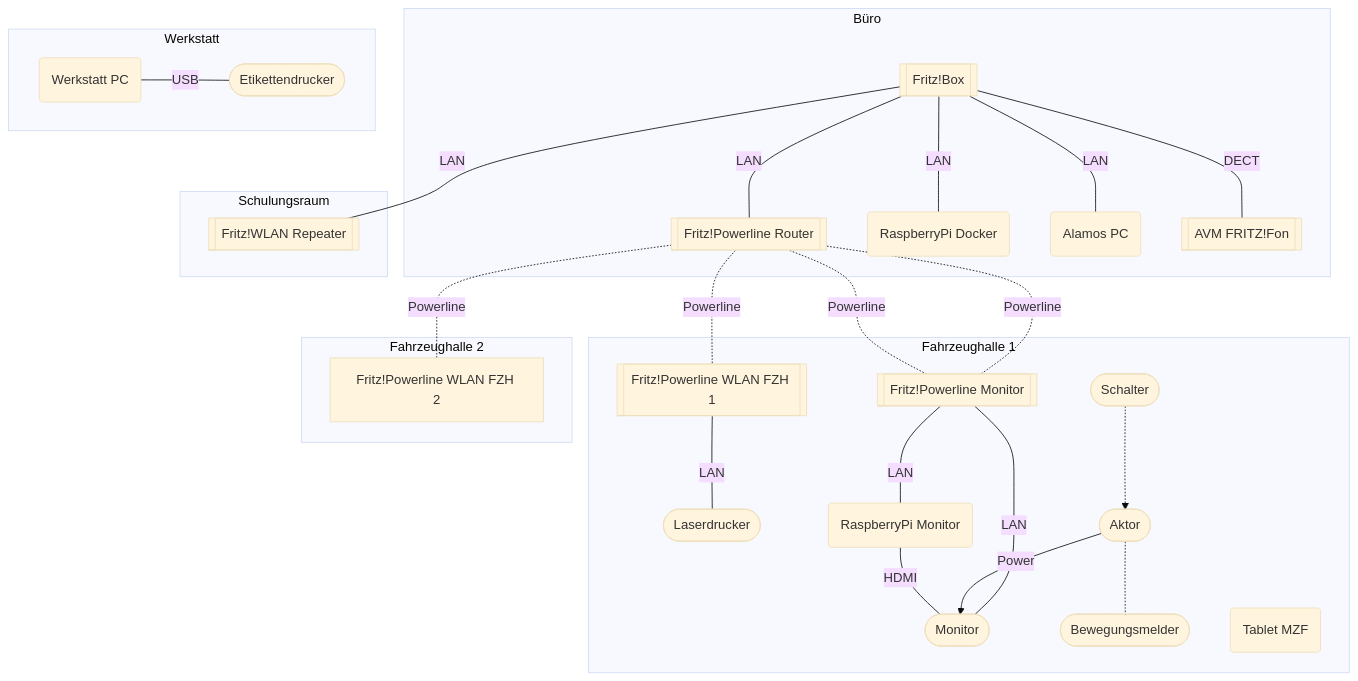
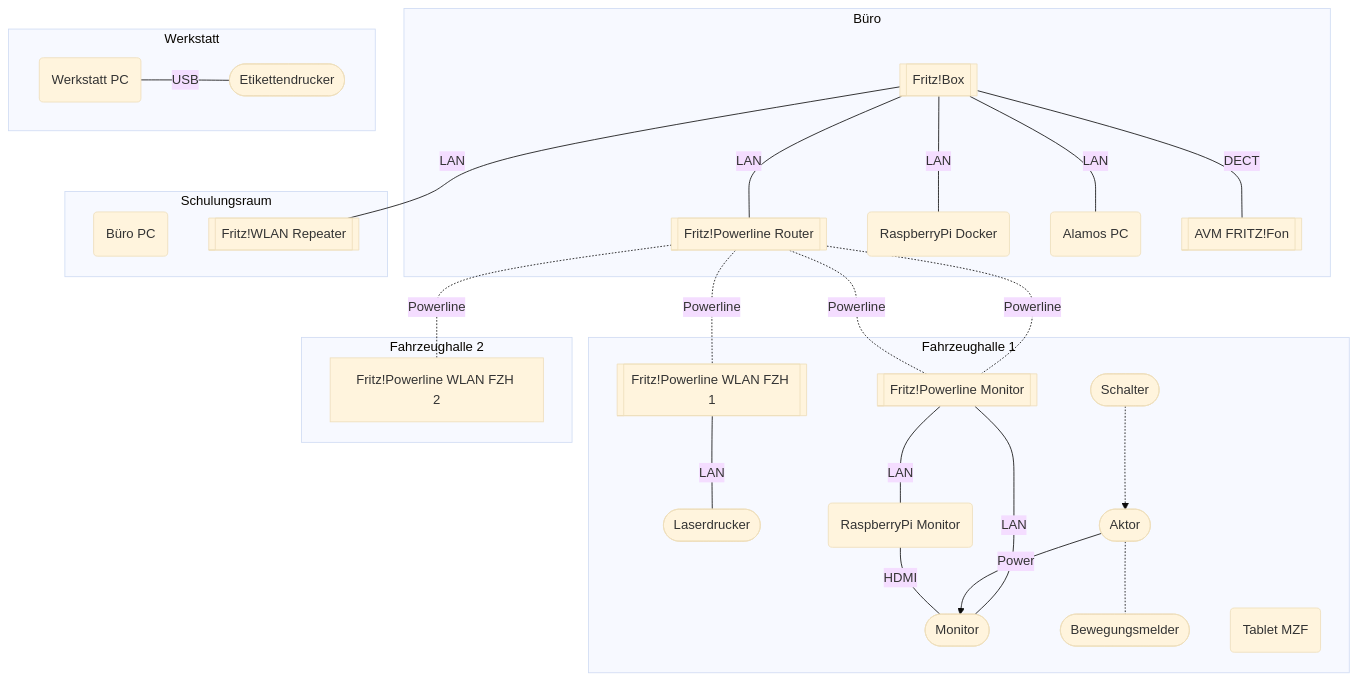
The diagram in docs/Dokumentation/Hardware/Netzwerk.md (FFW-Baudenbach/FE2_Documentation), drawn with Mermaid (base theme) before and after one commit. The commit also changed 1 other file, not shown here.

Commit message:
Added Büro PC

````diff
--- a/docs/Dokumentation/Hardware/Netzwerk.md
+++ b/docs/Dokumentation/Hardware/Netzwerk.md
@@ -5,64 +5,65 @@
 ```mermaid
 graph TD
 
     subgraph buero[Büro]
         router[[Fritz!Box]]
         pwl-rt[[Fritz!Powerline Router]]
         rpidoc(RaspberryPi Docker)
         fe2pc(Alamos PC)
         phone[[AVM FRITZ!Fon]]
         
         router---|LAN|pwl-rt
         router---|LAN|rpidoc
         router---|LAN|fe2pc
         router---|DECT|phone
     end
     
     subgraph schulungsraum[Schulungsraum]
+        bueropc(Büro PC)
         wlanrep[[Fritz!WLAN Repeater]]
         router---|LAN|wlanrep
     end
     
     subgraph werkstatt[Werkstatt]
         fmpc(Werkstatt PC)
         labelprinter([Etikettendrucker])
         
         fmpc---|USB|labelprinter
     end
     
     subgraph fzh1[Fahrzeughalle 1]
         pwl-fzh1[[Fritz!Powerline WLAN FZH 1]]
         pwl-mon[[Fritz!Powerline Monitor]]
         printer([Laserdrucker])
         monitor([Monitor])
         actor([Aktor])
         motion([Bewegungsmelder])
         plug([Schalter])
         rpimon(RaspberryPi Monitor)
         tablet(Tablet MZF)
 
        %% router---pwl-fzh1
        %% router---pwl-fzh2
        %% router---pwl-mon
 
         pwl-fzh1---|LAN|printer
         
         pwl-mon---|LAN|monitor
         pwl-mon---|LAN|rpimon
         
         plug-.->actor--Power-->monitor
         rpimon---|HDMI|monitor
         actor-.-motion
 
     end
     
     subgraph fzh2[Fahrzeughalle 2]
         pwl-fzh2[Fritz!Powerline WLAN FZH 2]
     end
     
     pwl-rt-.-|Powerline|pwl-mon
     pwl-rt-.-|Powerline|pwl-fzh1
     pwl-rt-.-|Powerline|pwl-fzh2
     pwl-rt-.-|Powerline|pwl-mon
     
 ```
````
